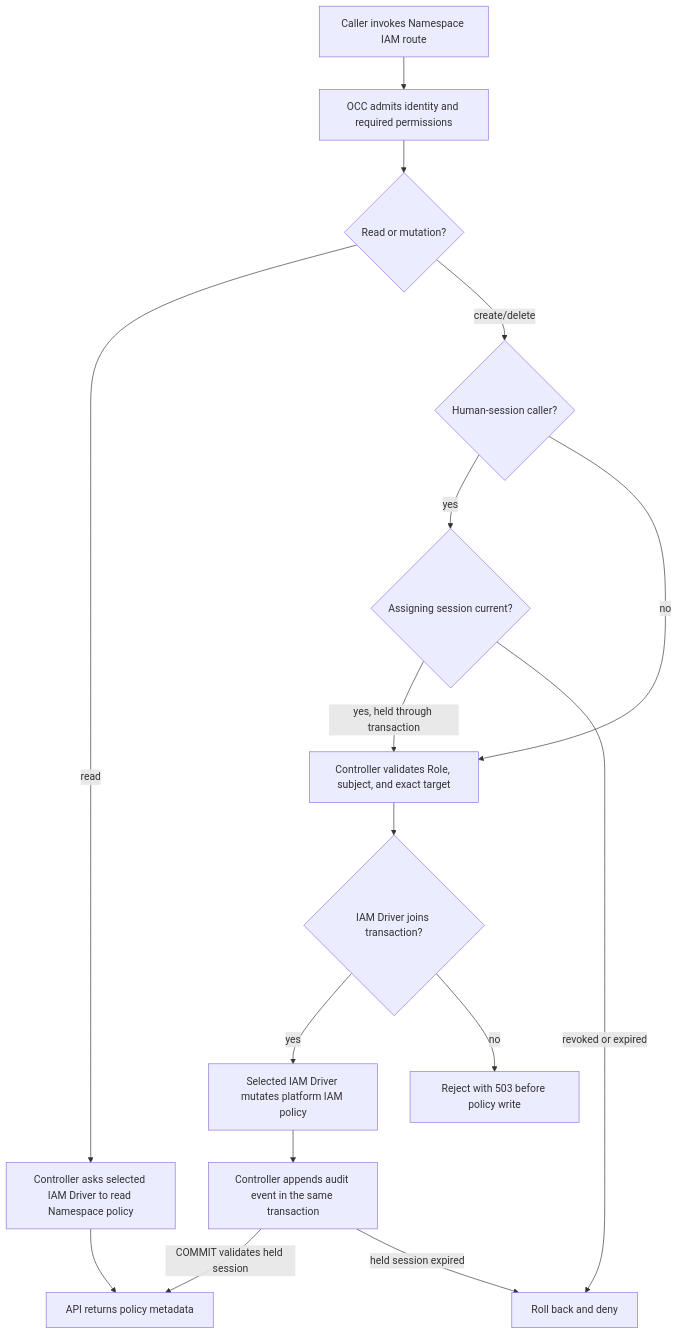
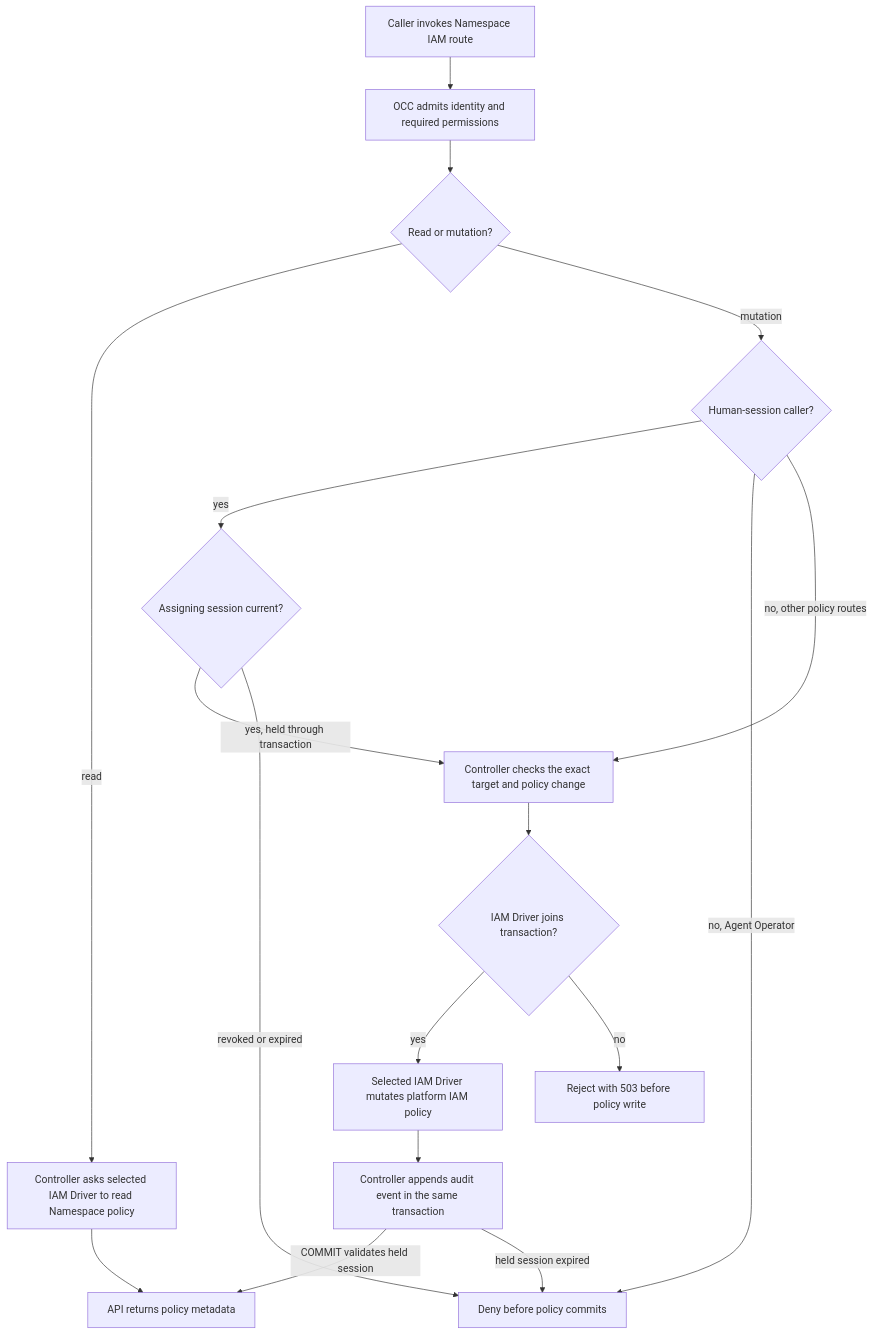
Before and after one commit to openclaw/openclaw-enterprise: the diagram in docs/flows/namespace-iam-policy.md, drawn with Mermaid. The commit also changed other lines of this file and 29 other files, not shown here.

Commit message:
Stage Agent Operator teams for Namespaces

````diff
--- a/docs/flows/namespace-iam-policy.md
+++ b/docs/flows/namespace-iam-policy.md
@@ -30,18 +32,19 @@
 ```mermaid
 graph TD
   A["Caller invokes Namespace IAM route"] --> B["OCC admits identity and required permissions"]
   B --> C{"Read or mutation?"}
   C -->|read| D["Controller asks selected IAM Driver to read Namespace policy"]
-  C -->|create/delete| S{"Human-session caller?"}
+  C -->|mutation| S{"Human-session caller?"}
   S -->|yes| L{"Assigning session current?"}
-  L -->|yes, held through transaction| E["Controller validates Role, subject, and exact target"]
-  L -->|revoked or expired| X["Roll back and deny"]
-  S -->|no| E
+  L -->|yes, held through transaction| E["Controller checks the exact target and policy change"]
+  L -->|revoked or expired| X["Deny before policy commits"]
+  S -->|no, Agent Operator| X
+  S -->|no, other policy routes| E
   E --> T{"IAM Driver joins transaction?"}
   T -->|yes| F["Selected IAM Driver mutates platform IAM policy"]
   T -->|no| U["Reject with 503 before policy write"]
   F --> G["Controller appends audit event in the same transaction"]
   D --> H["API returns policy metadata"]
   G -->|COMMIT validates held session| H
   G -->|held session expired| X
 ```
````
